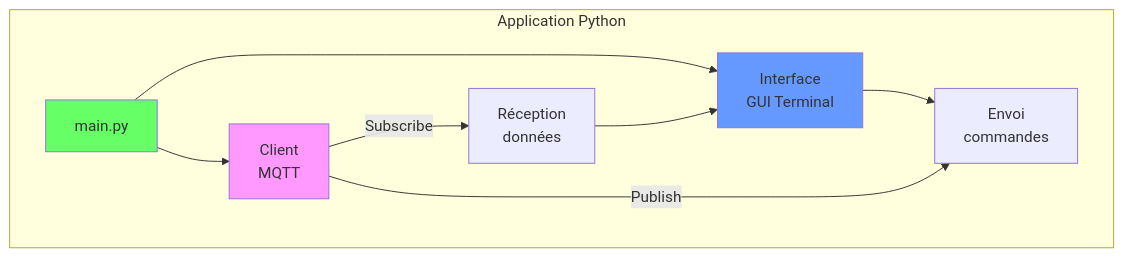
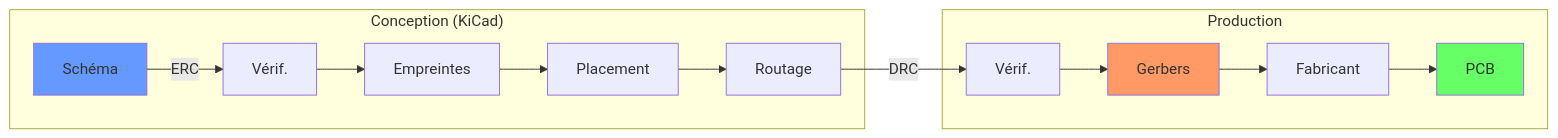
The third of 3 diagrams in theorie/Semaine-05/diaporama/slides.md (fpoisson2/243-4J5-LI), drawn with Mermaid before and after one commit. The commit also changed other lines of this file and 8 other files, not shown here.

````diff
--- a/theorie/Semaine-05/diaporama/slides.md
+++ b/theorie/Semaine-05/diaporama/slides.md
@@ -1283,17 +297,20 @@
 ```mermaid {scale: 0.5}
-graph TB
-    subgraph "Application Python"
-        MAIN[main.py] --> UI[Interface<br/>GUI Terminal]
-        MAIN --> MQTT[Client<br/>MQTT]
-
-        MQTT -->|Subscribe| RECV[Réception<br/>données]
-        MQTT -->|Publish| SEND[Envoi<br/>commandes]
-
-        RECV --> UI
-        UI --> SEND
+graph LR
+    subgraph "Conception (KiCad)"
+        A[Schéma] -->|ERC| B[Vérif.]
+        B --> C[Empreintes]
+        C --> D[Placement]
+        D --> E[Routage]
     end
 
-    style MAIN fill:#6f6
-    style UI fill:#69f
-    style MQTT fill:#f9f
+    subgraph "Production"
+        E -->|DRC| F[Vérif.]
+        F --> G[Gerbers]
+        G --> H[Fabricant]
+        H --> I[PCB]
+    end
+
+    style A fill:#69f
+    style G fill:#f96
+    style I fill:#6f6
 ```
````
